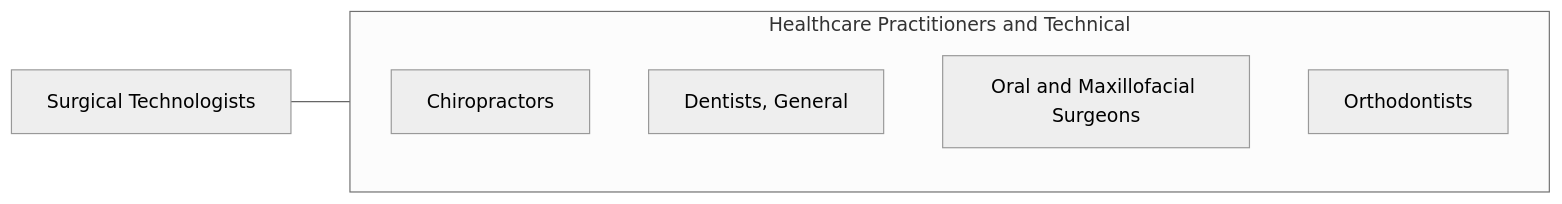
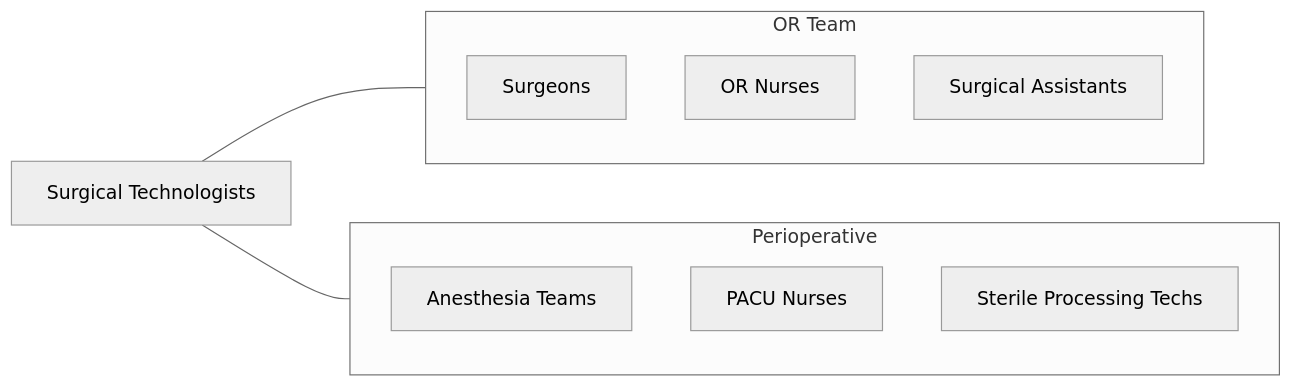
One commit to kziemski/business.org.ai changed the fourth of 4 diagrams in occupations/HealthcarePractitioners/SurgicalTechnologists.mdx. Above: the diagram before and after it, drawn with Mermaid (neutral theme). The commit also changed other lines of this file and 938 other files, not shown here.

````diff
--- a/occupations/HealthcarePractitioners/SurgicalTechnologists.mdx
+++ b/occupations/HealthcarePractitioners/SurgicalTechnologists.mdx
@@ -119,13 +182,19 @@
 ```mermaid
 graph LR
     Current["Surgical Technologists"]
 
-    subgraph SameCategory["Healthcare Practitioners and Technical"]
-        Chiropractors["Chiropractors"]
-        DentistsGeneral["Dentists, General"]
-        OralAndMaxillofacial["Oral and Maxillofacial Surgeons"]
-        Orthodontists["Orthodontists"]
+    subgraph ORTeam["OR Team"]
+        Surgeons["Surgeons"]
+        ORNurses["OR Nurses"]
+        SurgAssistants["Surgical Assistants"]
     end
 
-    Current --- SameCategory
+    subgraph Periop["Perioperative"]
+        Anesthesia["Anesthesia Teams"]
+        PACU["PACU Nurses"]
+        SterileProc["Sterile Processing Techs"]
+    end
+
+    Current --- ORTeam
+    Current --- Periop
 ```
````
